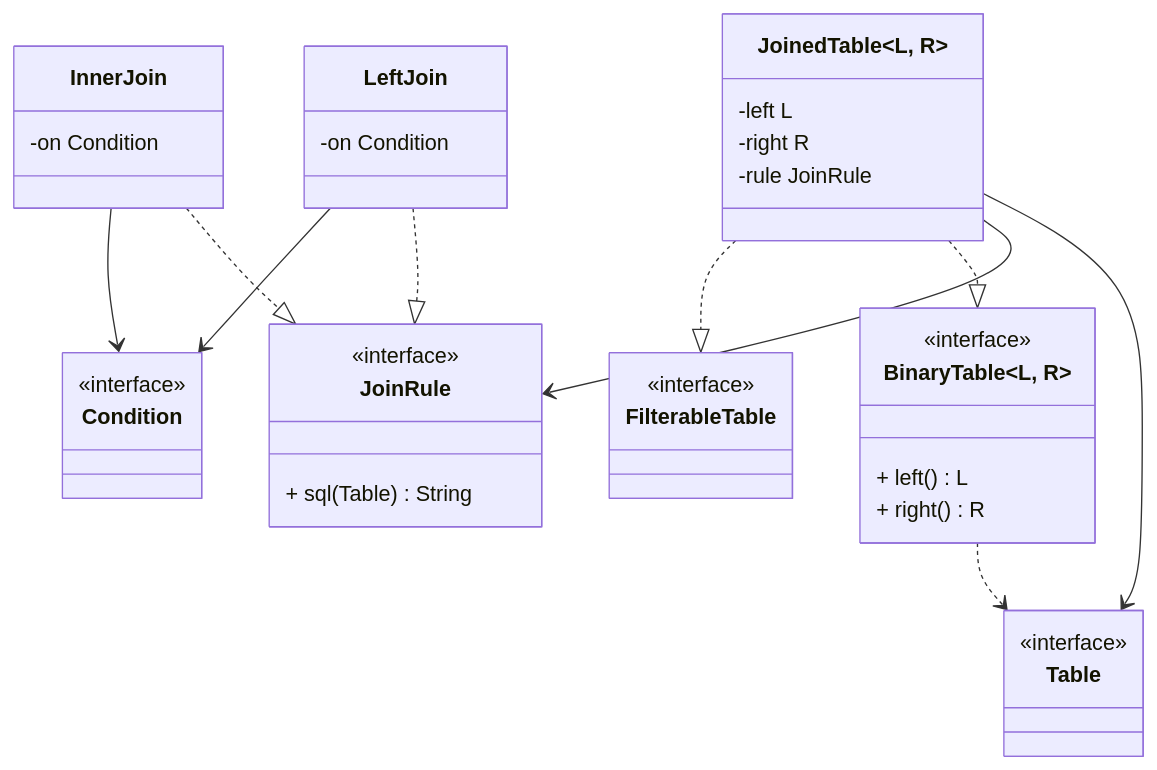
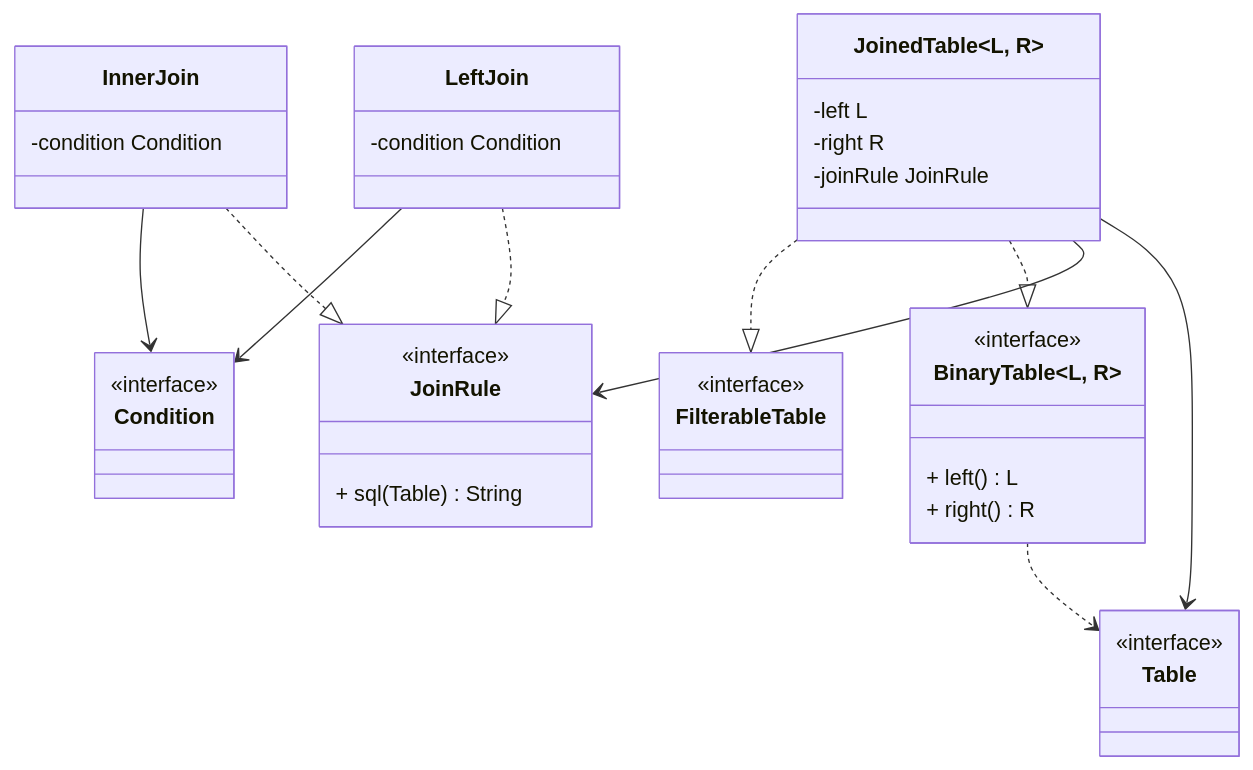
One commit to safarislava/QueryBricks changed the second of 13 diagrams in docs/domain.md. Above: the diagram before and after it, drawn with Mermaid. The commit also changed other lines of this file, not shown here.

````diff
--- a/docs/domain.md
+++ b/docs/domain.md
@@ -38,48 +38,48 @@
 ```mermaid
 classDiagram
     class FilterableTable {
         <<interface>>
     }
 
     class JoinRule {
         <<interface>>
         + sql(Table) String
     }
     
     class Condition {
         <<interface>>
     }
     InnerJoin --> Condition
     LeftJoin --> Condition
 
     class InnerJoin {
-        -on Condition
+        -condition Condition
     }
     InnerJoin ..|> JoinRule
 
     class LeftJoin {
-        -on Condition
+        -condition Condition
     }
     LeftJoin ..|> JoinRule
 
     class BinaryTable~L, R~ {
         <<interface>>
         + left() L
         + right() R
     }
 
     class JoinedTable~L, R~ {
         -left L
         -right R
-        -rule JoinRule
+        -joinRule JoinRule
     }
     JoinedTable ..|> FilterableTable
     JoinedTable ..|> BinaryTable~L, R~
     JoinedTable --> JoinRule
 
     class Table {
         <<interface>>
     }
     JoinedTable --> Table
     BinaryTable ..> Table
 ```
````
